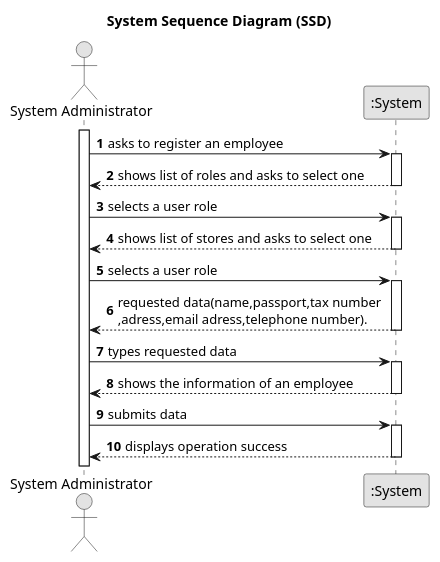
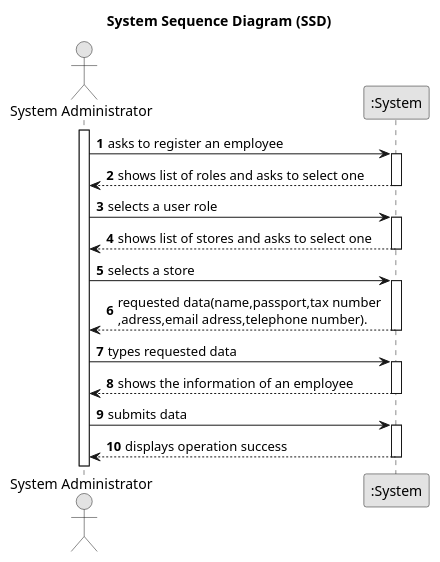
The diagram in docs/sprintB/US03/01.requirements-engineering/puml/us03-system-sequence-diagram.puml (PureNimble/ISEP-LAPR2), drawn with PlantUML before and after one commit.

Commit message:
US03-Updating the SSD puml

```diff
--- a/docs/sprintB/US03/01.requirements-engineering/puml/us03-system-sequence-diagram.puml
+++ b/docs/sprintB/US03/01.requirements-engineering/puml/us03-system-sequence-diagram.puml
@@ -1,45 +1,45 @@
 @startuml
 skinparam monochrome true
 skinparam packageStyle rectangle
 skinparam shadowing false
 
 title System Sequence Diagram (SSD)
 
 autonumber
 
 actor "System Administrator" as Admin
 participant ":System" as System
 
 activate Admin
 
     Admin -> System : asks to register an employee
     activate System
 
     System --> Admin : shows list of roles and asks to select one
     deactivate System
 
         Admin -> System : selects a user role
         activate System
 
          System --> Admin : shows list of stores and asks to select one
             deactivate System
 
-                Admin -> System : selects a user role
+                Admin -> System : selects a store
                 activate System
 
    System --> Admin :  requested data(name,passport,tax number \n,adress,email adress,telephone number).
      deactivate System
 
     Admin -> System : types requested data
     activate System
 
      System --> Admin : shows the information of an employee
             deactivate System
 
     Admin -> System : submits data
     activate System
 
         System --> Admin : displays operation success
     deactivate System
 
 @enduml
```
